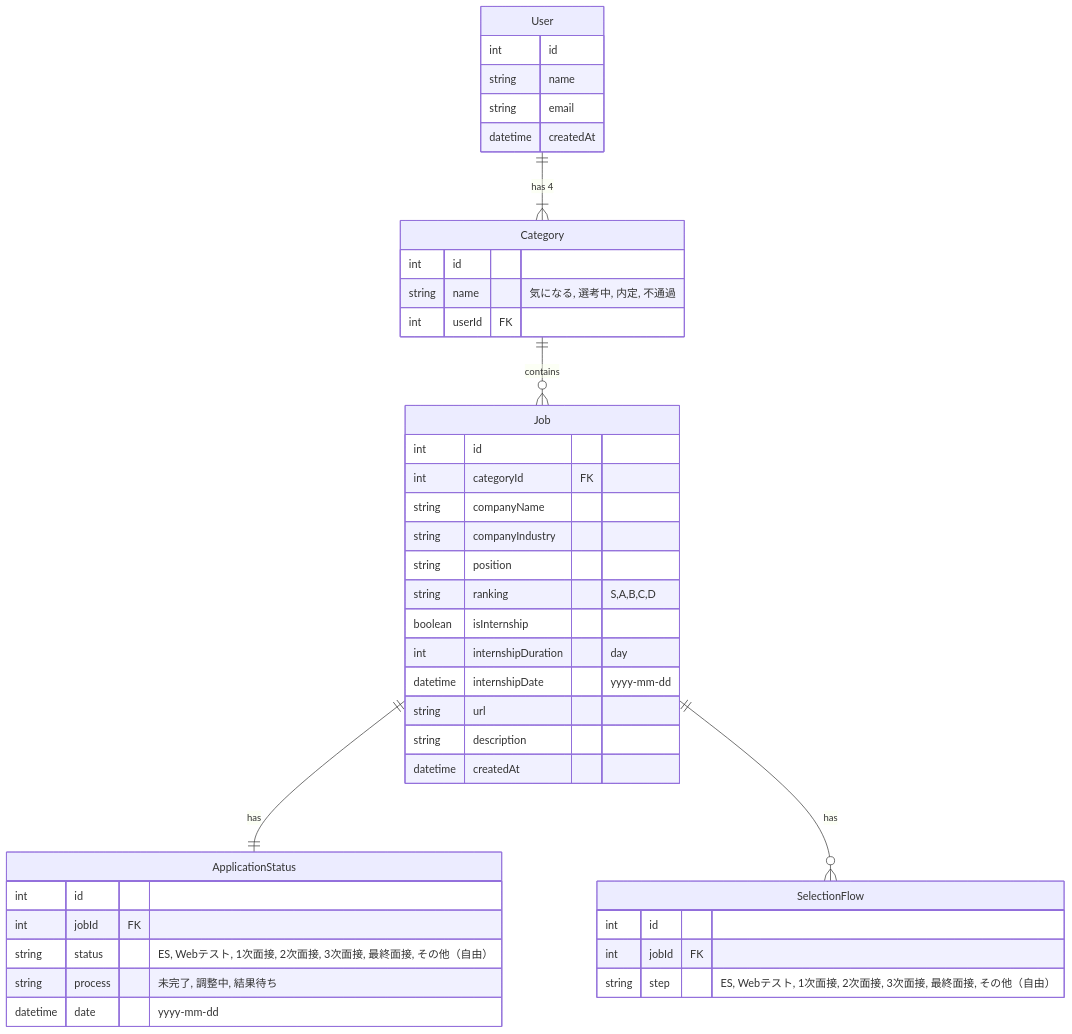
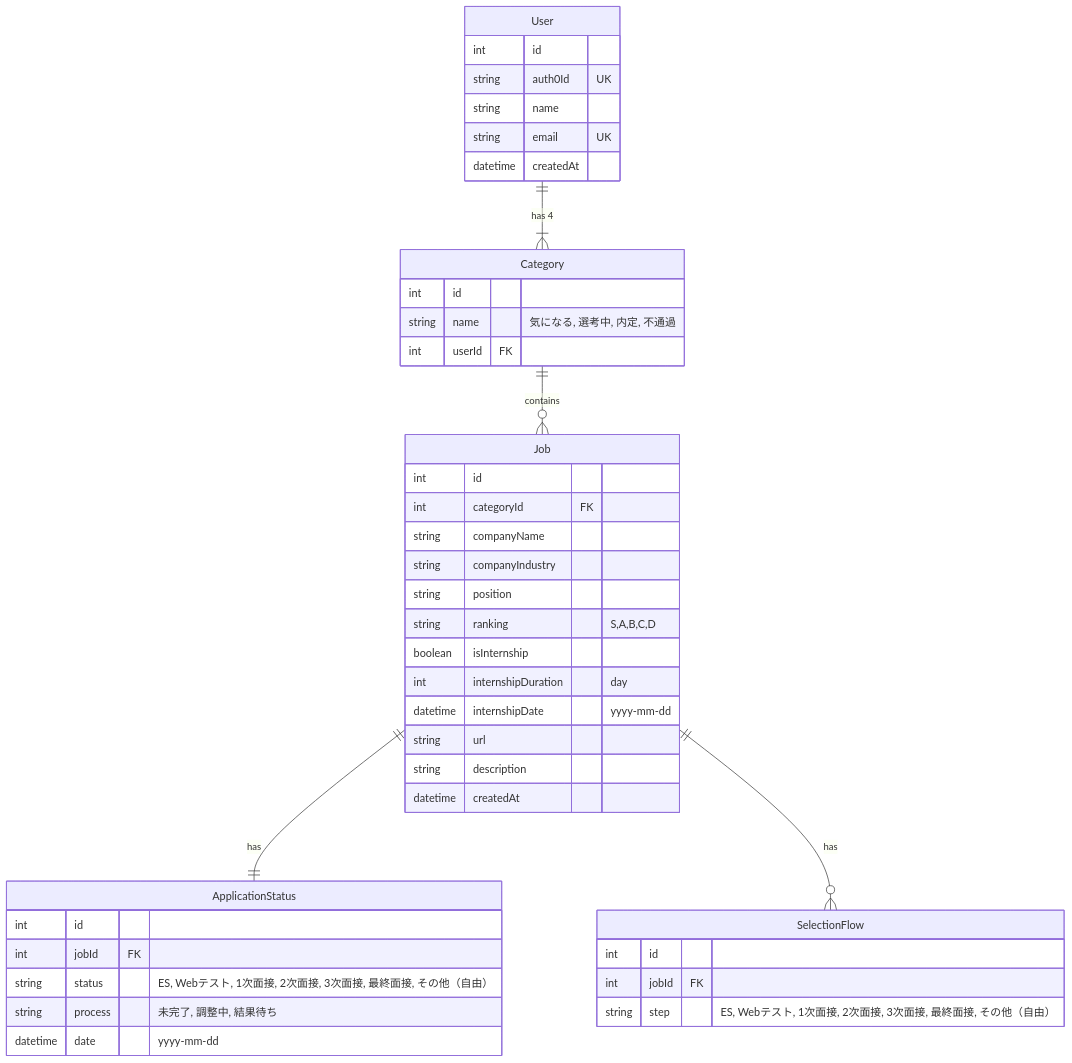
The diagram in README.md (chanon-mike/naitei-journey), drawn with Mermaid before and after one commit. The commit also changed other lines of this file and 5 other files, not shown here.

````diff
--- a/README.md
+++ b/README.md
@@ -15,45 +22,46 @@
 ```mermaid
 erDiagram
   User {
     int id
-    string name
-    string email
+    string auth0Id UK
+    string name 
+    string email UK
     datetime createdAt
   }
   Category {
     int id
     string name "気になる, 選考中, 内定, 不通過"
     int userId FK
   }
   Job {
     int id
     int categoryId FK
     string companyName
     string companyIndustry
     string position
     string ranking "S,A,B,C,D"
     boolean isInternship
     int internshipDuration "day"
     datetime internshipDate "yyyy-mm-dd"
     string url
     string description
     datetime createdAt
   }
   ApplicationStatus {
     int id
     int jobId FK
     string status "ES, Webテスト, 1次面接, 2次面接, 3次面接, 最終面接, その他（自由）"
     string process "未完了, 調整中, 結果待ち"
     datetime date "yyyy-mm-dd"
   }
   SelectionFlow {
     int id
     int jobId FK
     string step "ES, Webテスト, 1次面接, 2次面接, 3次面接, 最終面接, その他（自由）"
   }
 
   User ||--|{ Category: "has 4"
   Category ||--o{ Job: "contains"
   Job ||--|| ApplicationStatus: "has"
   Job ||--o{ SelectionFlow: "has"
 ```
````
